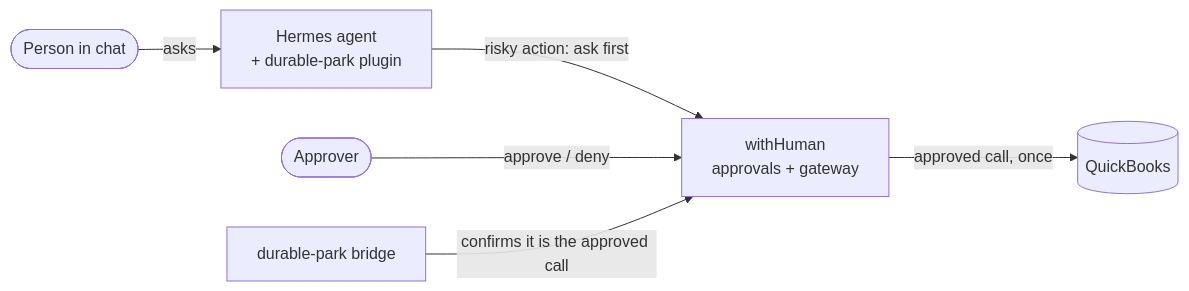
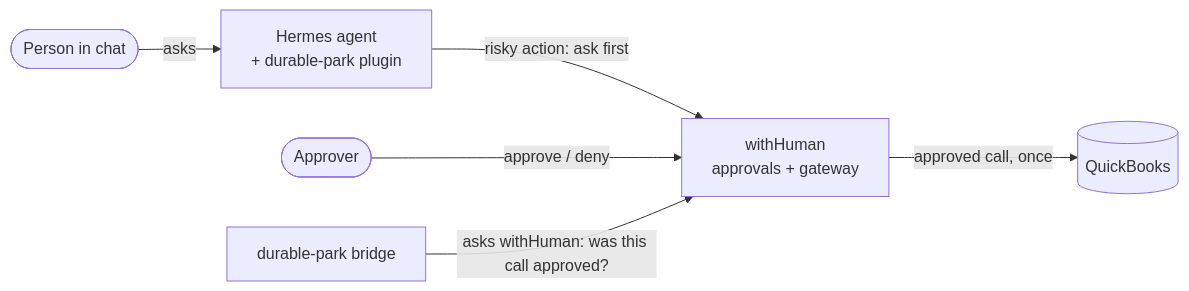
One commit to TapDashPayments/TapDash-Agents changed the diagram in README.md. Above: the diagram before and after it, drawn with Mermaid. The commit also changed other lines of this file and 12 other files, not shown here.

First line of the commit message:
deploy, docs: the bridge verifies approvals in withHuman, not the ledger

````diff
--- a/README.md
+++ b/README.md
@@ -84,8 +84,8 @@
 ```mermaid
 flowchart LR
   person(["Person in chat"]) -->|"asks"| hermes["Hermes agent<br/>+ durable-park plugin"]
   hermes -->|"risky action: ask first"| withhuman["withHuman<br/>approvals + gateway"]
   approver(["Approver"]) -->|"approve / deny"| withhuman
   withhuman -->|"approved call, once"| qbo[("QuickBooks")]
-  bridge["durable-park bridge"] -->|"confirms it is the approved call"| withhuman
+  bridge["durable-park bridge"] -->|"asks withHuman: was this call approved?"| withhuman
 ```
````
